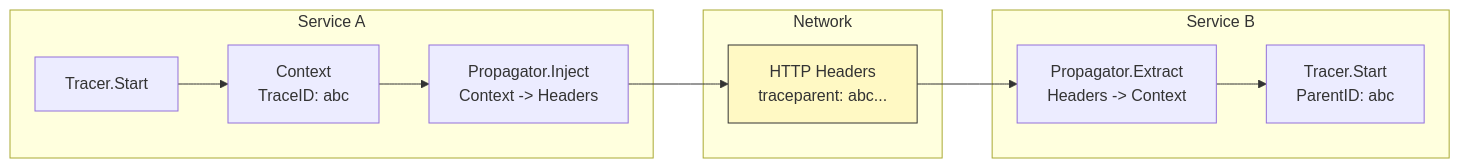
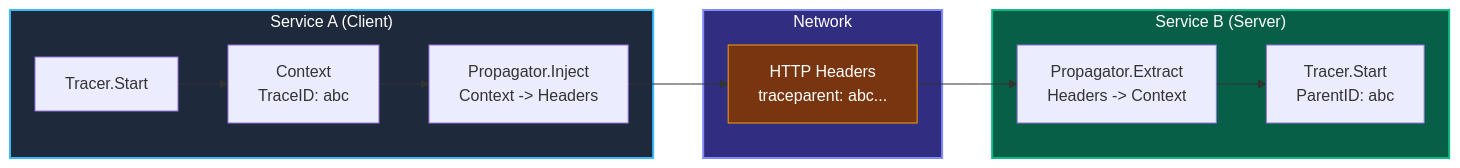
One commit to UnrealTemplier/go-textbook changed the diagram in sources/18. Observability (Мониторинг и наблюдаемость)/04. Трейсинг/4. Контекст propagation.md. Above: the diagram before and after it, drawn with Mermaid. The commit also changed other lines of this file, not shown here.

````diff
--- a/sources/18. Observability (Мониторинг и наблюдаемость)/04. Трейсинг/4. Контекст propagation.md
+++ b/sources/18. Observability (Мониторинг и наблюдаемость)/04. Трейсинг/4. Контекст propagation.md
@@ -13,20 +26,23 @@
 ```mermaid
 flowchart LR
-    subgraph A ["Service A"]
+    subgraph A ["Service A (Client)"]
         A1["Tracer.Start"] --> A2["Context<br>TraceID: abc"]
         A2 --> A3["Propagator.Inject<br>Context -> Headers"]
     end
 
     subgraph B ["Network"]
         B1["HTTP Headers<br>traceparent: abc..."]
     end
 
-    subgraph C ["Service B"]
+    subgraph C ["Service B (Server)"]
         C1["Propagator.Extract<br>Headers -> Context"] --> C2["Tracer.Start<br>ParentID: abc"]
     end
 
     A3 --> B1
     B1 --> C1
 
-    style B1 fill:#fff9c4,stroke:#333
+    style A fill:#1e293b,stroke:#38bdf8,stroke-width:2px,color:#fff
+    style B fill:#312e81,stroke:#818cf8,stroke-width:2px,color:#fff
+    style C fill:#065f46,stroke:#10b981,stroke-width:2px,color:#fff
+    style B1 fill:#78350f,stroke:#f59e0b,color:#fff
 ```
````
